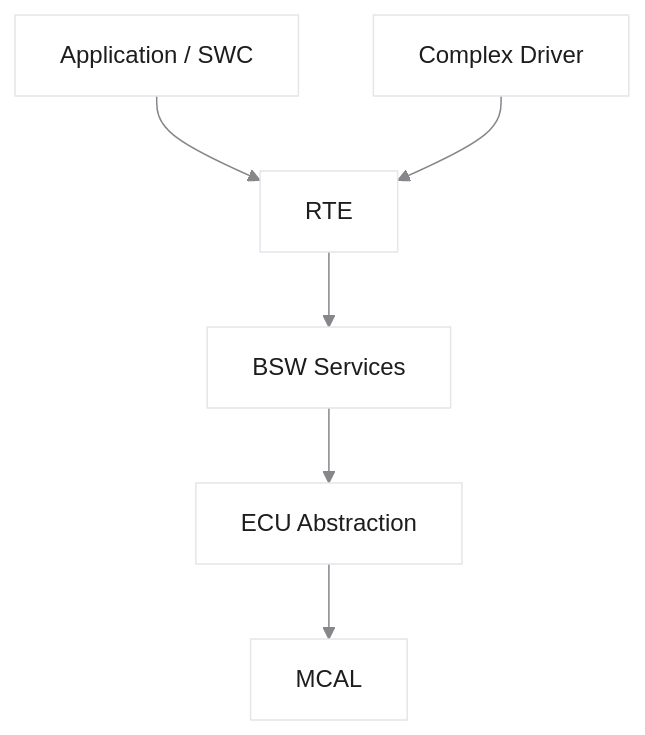
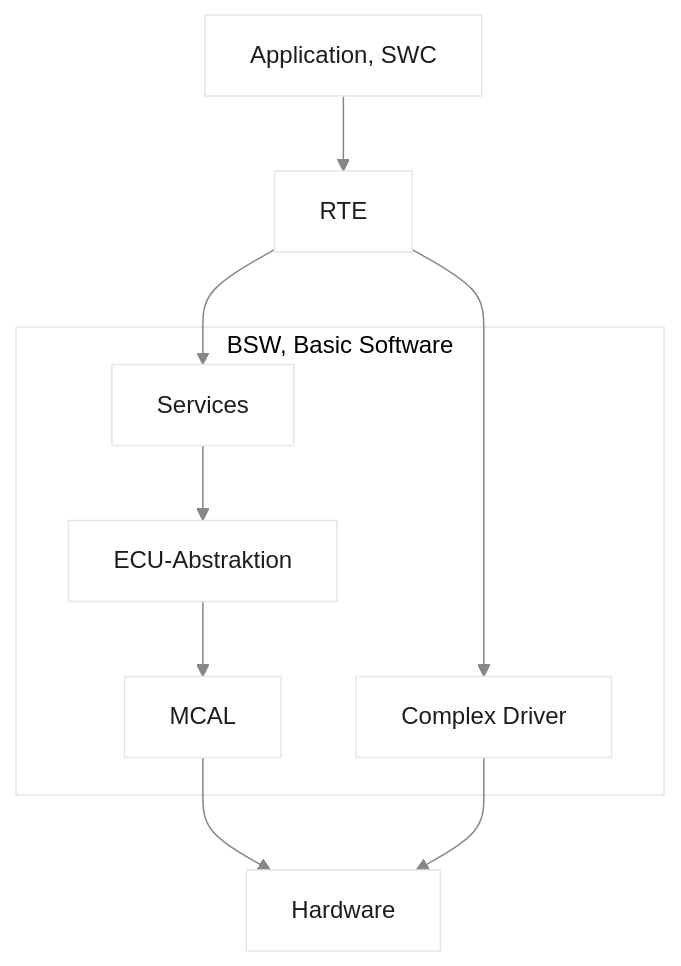
One commit to dantschi/echtzeitsysteme changed the seventh of 11 diagrams in vorlesungen/09_capstone-architekturmuster.qmd. Above: the diagram before and after it, drawn with Mermaid. The commit also changed other lines of this file, not shown here.

````diff
--- a/vorlesungen/09_capstone-architekturmuster.qmd
+++ b/vorlesungen/09_capstone-architekturmuster.qmd
@@ -221,10 +353,18 @@
 ```{mermaid}
-%%| fig-width: 6.2
+%%| fig-width: 8.8
 %%{init: {'theme': 'base', 'themeVariables': {'background': '#FFFFFF', 'primaryColor': '#FFFFFF', 'primaryBorderColor': '#E5E5EA', 'primaryTextColor': '#1D1D1F', 'lineColor': '#86868B'}}}%%
 flowchart TB
-  SWC[Application / SWC] --> RTE
-  RTE --> SVC[BSW Services]
-  SVC --> ECU[ECU Abstraction]
-  ECU --> MCAL[MCAL]
-  CD[Complex Driver] --> RTE
+  APP["Application, SWC"] --> RTE["RTE"]
+  subgraph BSW["BSW, Basic Software"]
+    SVC["Services"]
+    ECUA["ECU-Abstraktion"]
+    MCAL["MCAL"]
+    CD["Complex Driver"]
+  end
+  RTE --> SVC
+  SVC --> ECUA
+  ECUA --> MCAL
+  MCAL --> HW["Hardware"]
+  CD --> HW
+  RTE --> CD
 ```
````
